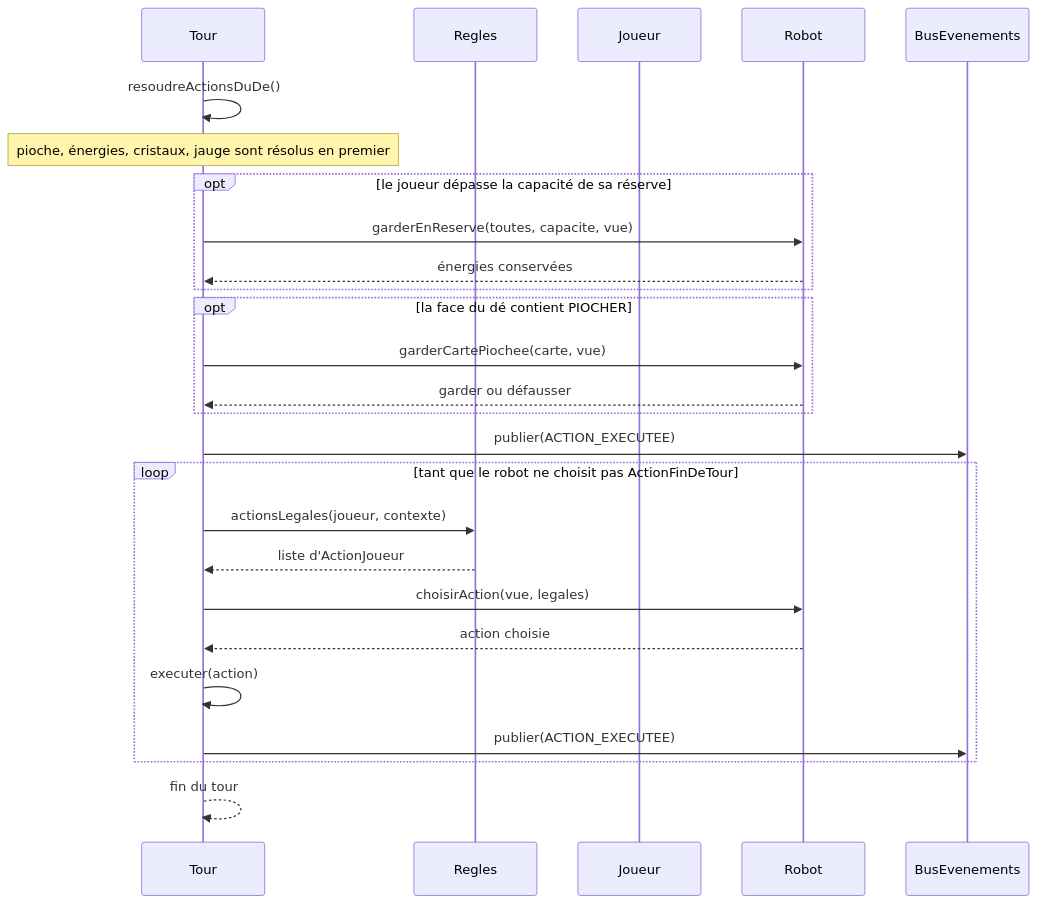
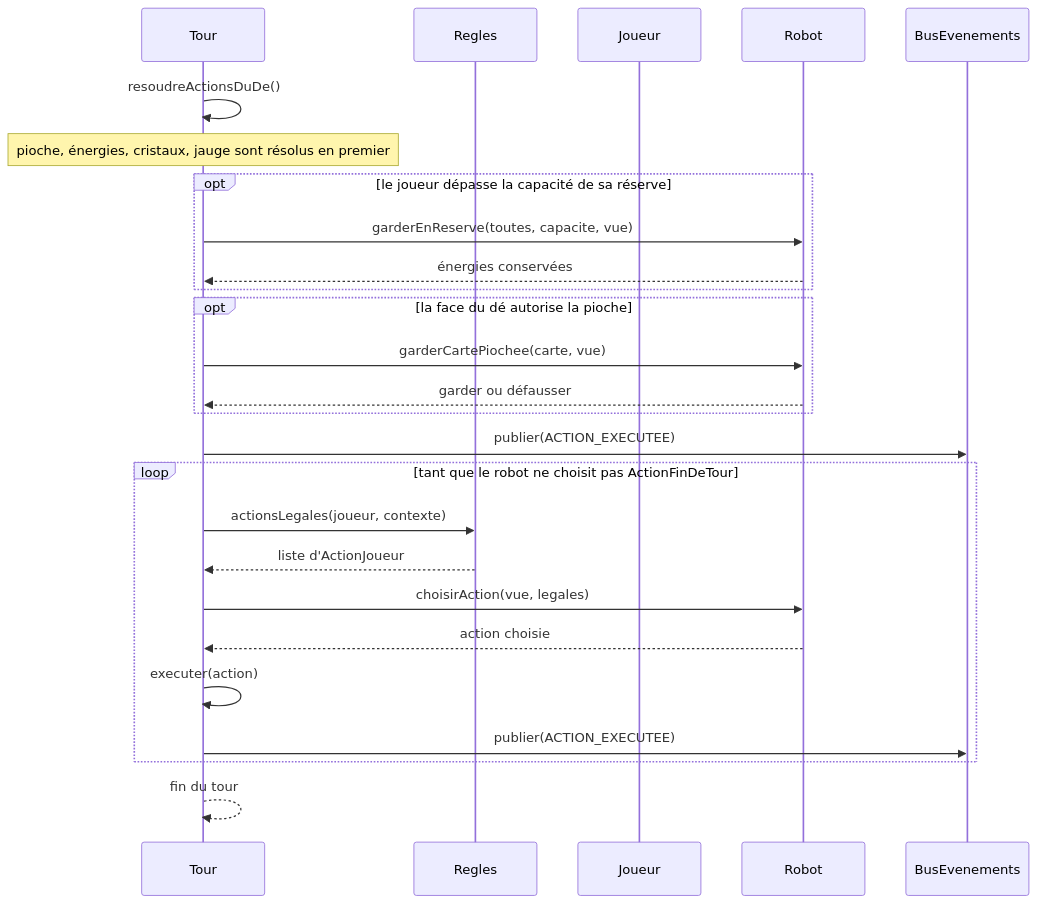
The third of 8 diagrams in livrable1/sprint1-dossier-conception/docs/07-sequences.md (MARTINA-niels/SAE-SEASON-Depot-personnel), drawn with Mermaid before and after one commit. The commit also changed other lines of this file and 14 other files, not shown here.

````diff
--- a/livrable1/sprint1-dossier-conception/docs/07-sequences.md
+++ b/livrable1/sprint1-dossier-conception/docs/07-sequences.md
@@ -78,29 +78,29 @@
 ```mermaid
 sequenceDiagram
     participant T as Tour
     participant Rg as Regles
     participant J as Joueur
     participant R as Robot
     participant Bus as BusEvenements
 
     T->>T: resoudreActionsDuDe()
     Note over T: pioche, énergies, cristaux, jauge sont résolus en premier
     opt le joueur dépasse la capacité de sa réserve
         T->>R: garderEnReserve(toutes, capacite, vue)
         R-->>T: énergies conservées
     end
-    opt la face du dé contient PIOCHER
+    opt la face du dé autorise la pioche
         T->>R: garderCartePiochee(carte, vue)
         R-->>T: garder ou défausser
     end
     T->>Bus: publier(ACTION_EXECUTEE)
     loop tant que le robot ne choisit pas ActionFinDeTour
         T->>Rg: actionsLegales(joueur, contexte)
         Rg-->>T: liste d'ActionJoueur
         T->>R: choisirAction(vue, legales)
         R-->>T: action choisie
         T->>T: executer(action)
         T->>Bus: publier(ACTION_EXECUTEE)
     end
     T-->>T: fin du tour
 ```
````
